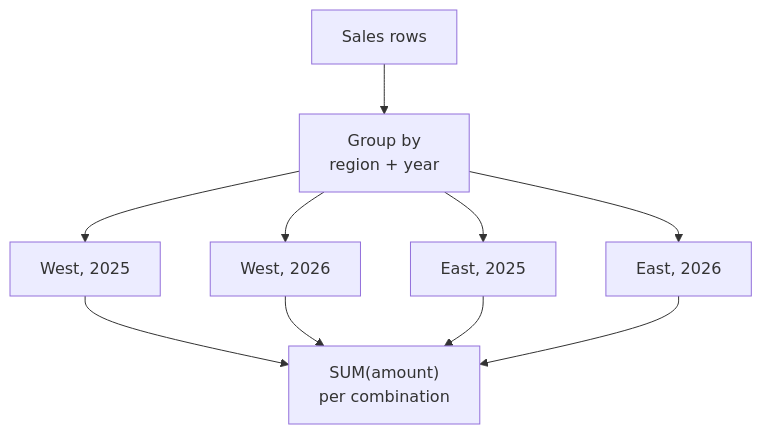
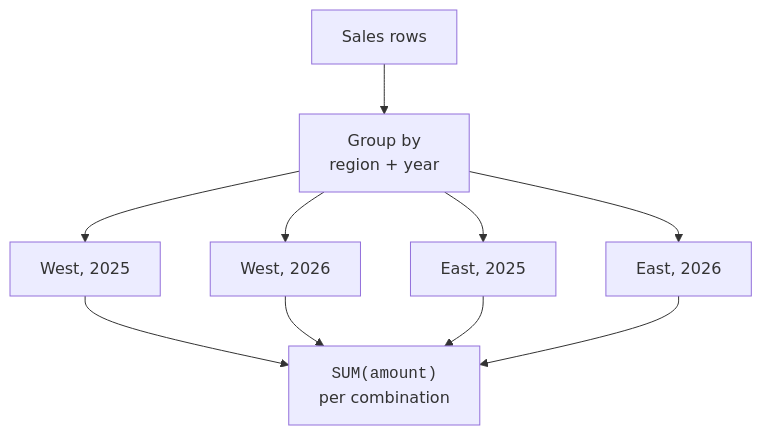
One commit to dataslope/dataslope changed the fourth of 5 diagrams in content/courses/sqlite-for-beginners/grouping-data.mdx. Above: the diagram before and after it, drawn with Mermaid. The commit also changed other lines of this file and 283 other files, not shown here.

First line of the commit message:
Diagrams as elements, not characters: fix the box model, sweep the corpus, and make syntax breakdowns a convention (#652)

````diff
--- a/content/courses/sqlite-for-beginners/grouping-data.mdx
+++ b/content/courses/sqlite-for-beginners/grouping-data.mdx
@@ -265,12 +275,12 @@
 ```mermaid
 flowchart TB
     Rows["Sales rows"] --> Pair["Group by<br/>region + year"]
     Pair --> W2025["West, 2025"]
     Pair --> W2026["West, 2026"]
     Pair --> E2025["East, 2025"]
     Pair --> E2026["East, 2026"]
-    W2025 --> Total["SUM(amount)<br/>per combination"]
+    W2025 --> Total["<code>SUM(amount)</code><br/>per combination"]
     W2026 --> Total
     E2025 --> Total
     E2026 --> Total
 ```
````
